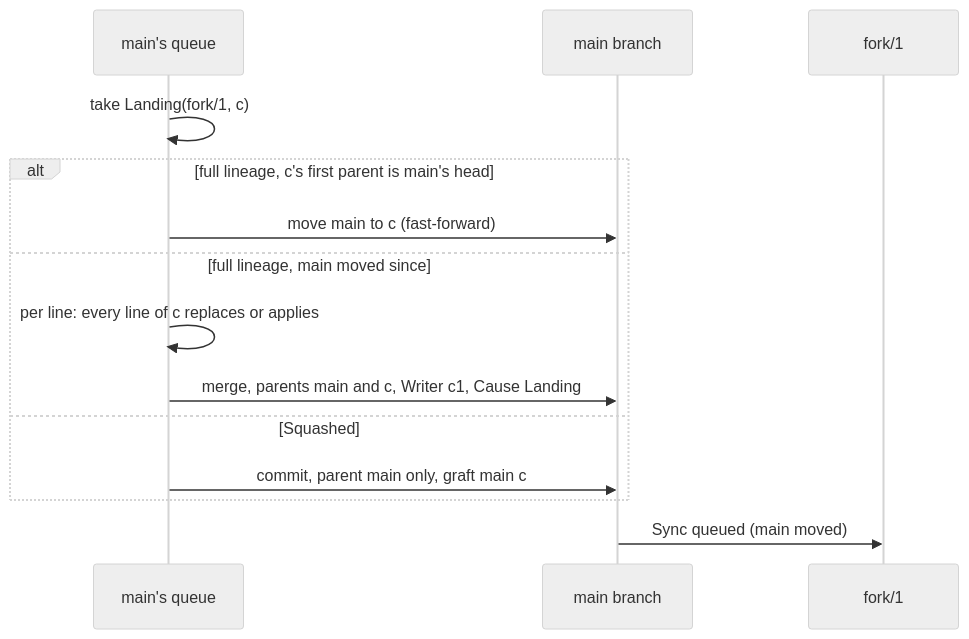
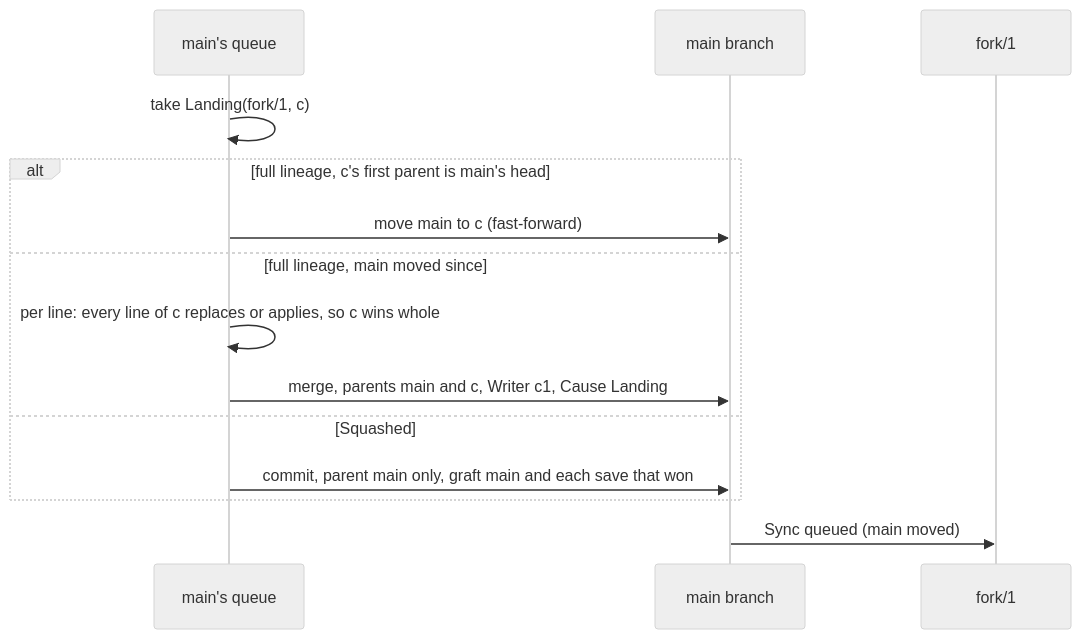
One commit to mcurcio/agentfs changed the third of 8 diagrams in docs/target-architecture/git-model.md. Above: the diagram before and after it, drawn with Mermaid (neutral theme). The commit also changed other lines of this file and 8 other files, not shown here.

````diff
--- a/docs/target-architecture/git-model.md
+++ b/docs/target-architecture/git-model.md
@@ -314,16 +335,16 @@
 ```mermaid
 sequenceDiagram
   participant QM as main's queue
   participant M as main branch
   participant A as fork/1
   QM->>QM: take Landing(fork/1, c)
   alt full lineage, c's first parent is main's head
     QM->>M: move main to c (fast-forward)
   else full lineage, main moved since
-    QM->>QM: per line: every line of c replaces or applies
+    QM->>QM: per line: every line of c replaces or applies, so c wins whole
     QM->>M: merge, parents main and c, Writer c1, Cause Landing
   else Squashed
-    QM->>M: commit, parent main only, graft main c
+    QM->>M: commit, parent main only, graft main and each save that won
   end
   M->>A: Sync queued (main moved)
 ```
````
